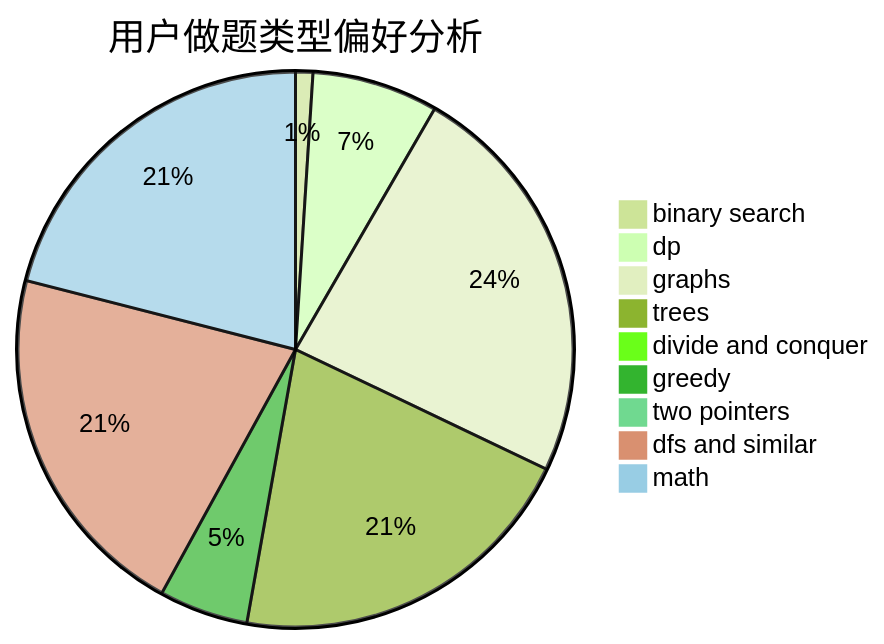
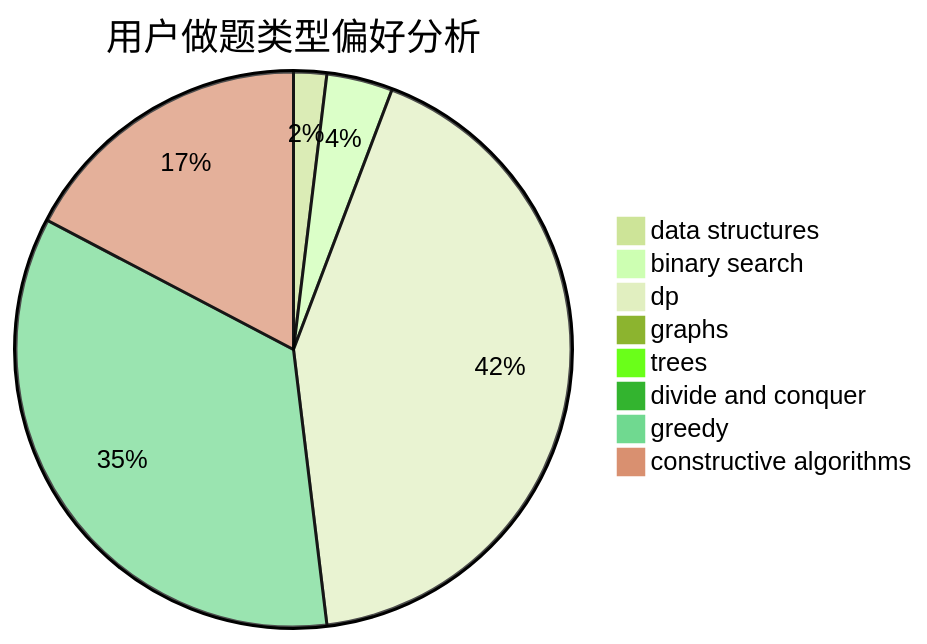
The second of 3 diagrams in docs/user/u1455.md (sherpahu/cfrs.github.io), drawn with Mermaid (forest theme) before and after one commit. The commit also changed other lines of this file and 2775 other files, not shown here.

````diff
--- a/docs/user/u1455.md
+++ b/docs/user/u1455.md
@@ -23,12 +23,11 @@
 ```mermaid
 pie title 用户做题类型偏好分析
-    "binary search" :  7
-    "dp" :  51
-    "graphs" :  165
-    "trees" :  144
+    "data structures" :  2
+    "binary search" :  4
+    "dp" :  44
+    "graphs" :  0
+    "trees" :  0
     "divide and conquer" :  0
     "greedy" :  36
-    "two pointers" :  0
-    "dfs and similar" :  146
-    "math" :  146
+    "constructive algorithms" :  18
 ```
````
